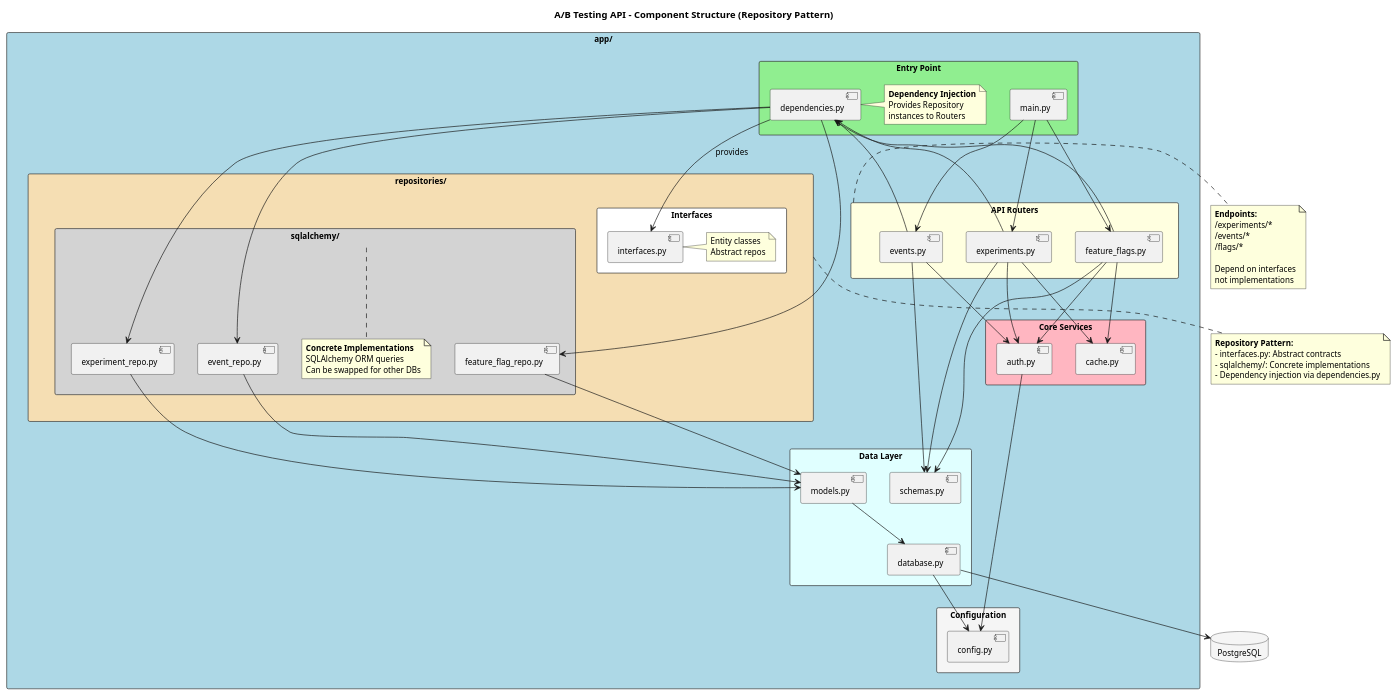
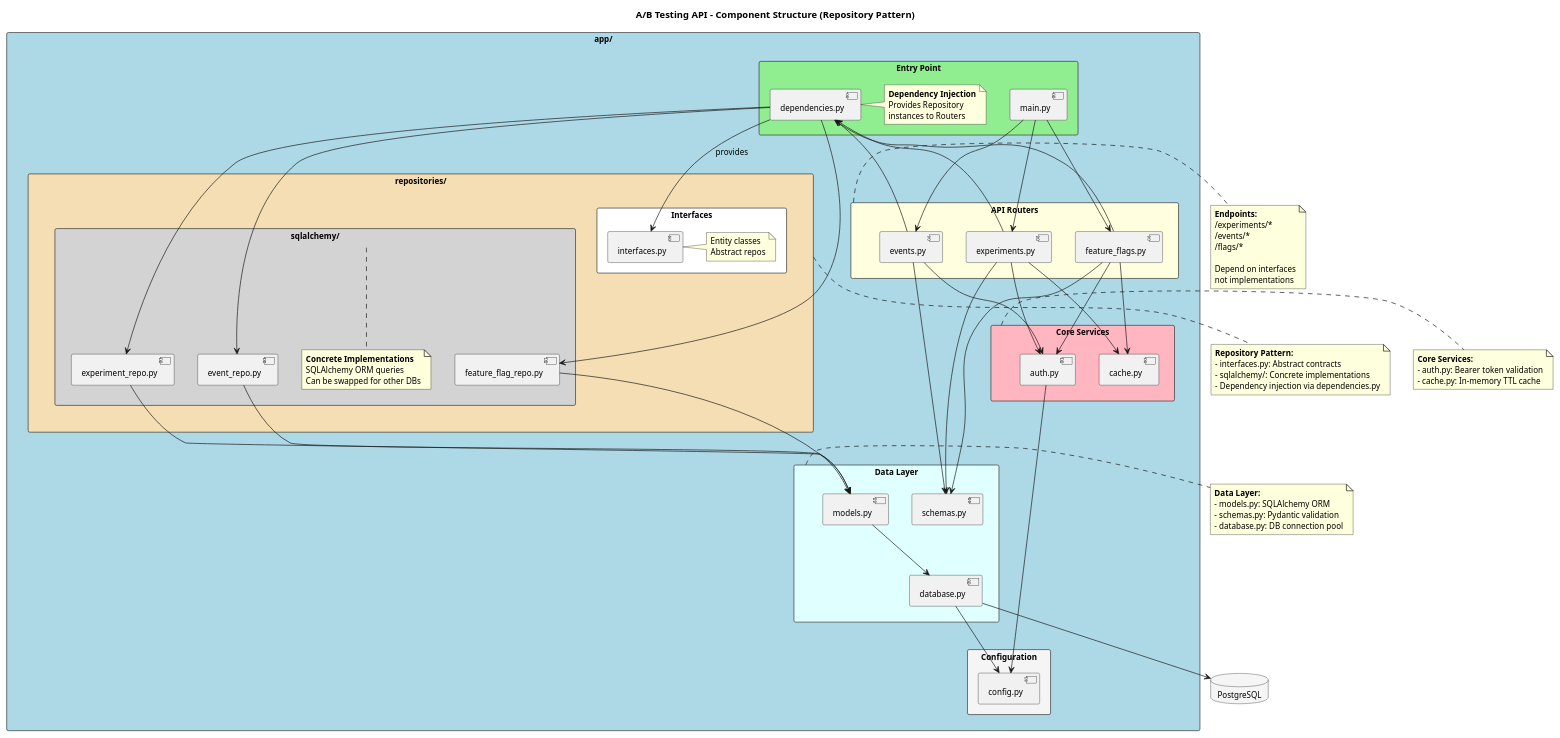
Before and after one commit to huangyingw/neonblue_ab_testing_api: the diagram in docs/diagrams/api-components.puml, drawn with PlantUML. The commit also changed 3 other files, not shown here.

First line of the commit message:
Add visual notes to all PlantUML diagrams

```diff
--- a/docs/diagrams/api-components.puml
+++ b/docs/diagrams/api-components.puml
@@ -1,143 +1,156 @@
 @startuml API Components
 
 ' ============================================================================
 ' API Components Diagram
 ' ============================================================================
 ' This diagram shows the internal code structure of the A/B Testing API.
 '
 ' Architecture follows the Repository Pattern:
 ' - Routers (API endpoints) depend on abstract Repository interfaces
 ' - dependencies.py provides concrete implementations via dependency injection
 ' - This allows easy testing and database swapping
 '
 ' Key modules:
 ' - main.py: FastAPI app entry point, registers routers
 ' - dependencies.py: Dependency injection, provides Repository instances
 ' - routers/: API endpoint handlers (/experiments, /events, /flags)
 ' - repositories/interfaces.py: Abstract contracts + Entity classes
 ' - repositories/sqlalchemy/: PostgreSQL implementations using SQLAlchemy
 ' - models.py: SQLAlchemy ORM models
 ' - schemas.py: Pydantic request/response schemas
 ' ============================================================================
 
 skinparam backgroundColor white
 skinparam defaultFontSize 12
 skinparam rectangleBorderColor #333333
 
 title A/B Testing API - Component Structure (Repository Pattern)
 
 rectangle "app/" as App #LightBlue {
 
     rectangle "Entry Point" as Entry #LightGreen {
         [main.py] as Main
         [dependencies.py] as Deps
         note right of Deps
           **Dependency Injection**
           Provides Repository
           instances to Routers
         end note
     }
 
     rectangle "API Routers" as Routers #LightYellow {
         [experiments.py] as ExpR
         [events.py] as EventR
         [feature_flags.py] as FlagR
     }
 
     rectangle "Core Services" as Services #LightPink {
         [auth.py] as Auth
         [cache.py] as Cache
     }
 
     rectangle "repositories/" as RepoDir #Wheat {
 
         rectangle "Interfaces" as Interfaces #White {
             [interfaces.py] as IRepo
             note right of IRepo
               Entity classes
               Abstract repos
             end note
         }
 
         rectangle "sqlalchemy/" as SQLADir #LightGray {
             [experiment_repo.py] as ExpImpl
             [event_repo.py] as EventImpl
             [feature_flag_repo.py] as FlagImpl
             note bottom of SQLADir
               **Concrete Implementations**
               SQLAlchemy ORM queries
               Can be swapped for other DBs
             end note
         }
     }
 
     rectangle "Data Layer" as Data #LightCyan {
         [models.py] as Models
         [schemas.py] as Schemas
         [database.py] as DB
     }
 
     rectangle "Configuration" as Config #WhiteSmoke {
         [config.py] as Conf
     }
 }
 
 database "PostgreSQL" as PG #WhiteSmoke
 
 ' Entry point connections
 Main --> ExpR
 Main --> EventR
 Main --> FlagR
 
 ' Router dependencies
 ExpR --> Auth
 EventR --> Auth
 FlagR --> Auth
 
 ExpR --> Cache
 FlagR --> Cache
 
 ' Routers use Repository interfaces (via Deps)
 ExpR --> Deps
 EventR --> Deps
 FlagR --> Deps
 
 Deps --> IRepo : provides
 Deps --> ExpImpl
 Deps --> EventImpl
 Deps --> FlagImpl
 
 ' Implementations use Models
 ExpImpl --> Models
 EventImpl --> Models
 FlagImpl --> Models
 
 ' Routers use Schemas
 ExpR --> Schemas
 EventR --> Schemas
 FlagR --> Schemas
 
 ' Data layer connections
 Models --> DB
 DB --> PG
 DB --> Conf
 Auth --> Conf
 
 note right of Routers
   **Endpoints:**
   /experiments/*
   /events/*
   /flags/*
 
   Depend on interfaces
   not implementations
 end note
 
 note bottom of RepoDir
   **Repository Pattern:**
   - interfaces.py: Abstract contracts
   - sqlalchemy/: Concrete implementations
   - Dependency injection via dependencies.py
 end note
 
+note right of Data
+  **Data Layer:**
+  - models.py: SQLAlchemy ORM
+  - schemas.py: Pydantic validation
+  - database.py: DB connection pool
+end note
+
+note right of Services
+  **Core Services:**
+  - auth.py: Bearer token validation
+  - cache.py: In-memory TTL cache
+end note
+
 @enduml
```
